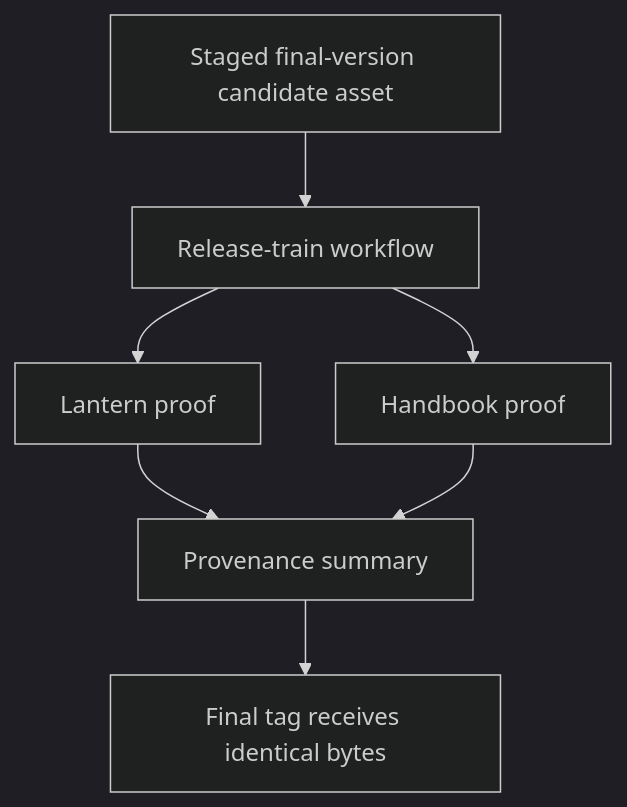
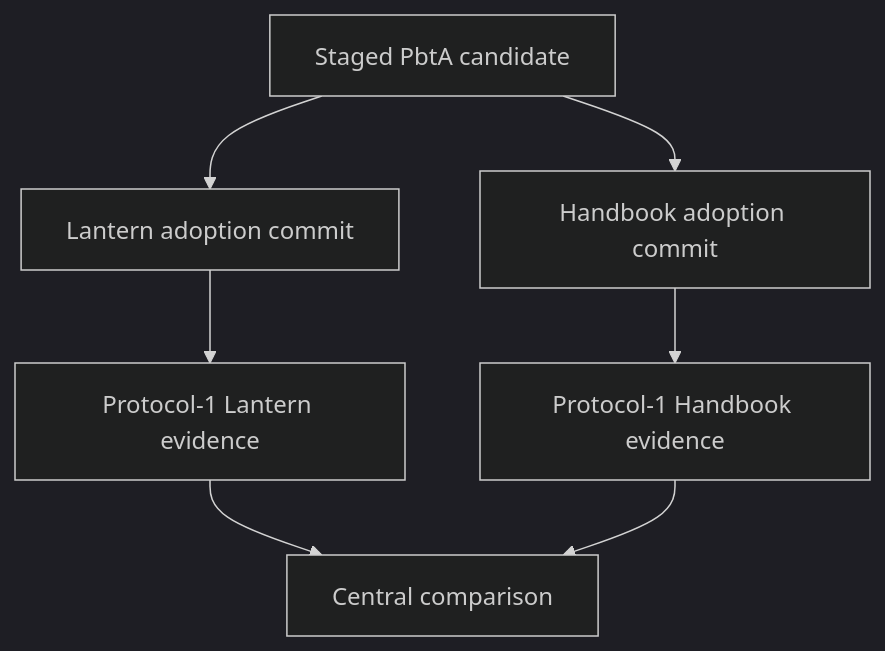
One commit to RebelliousSmile/schema-pbta changed the first of 2 diagrams in aidd_docs/tasks/2026_09/2026_09_22_cross_repo_release_train/phase-2.md. Above: the diagram before and after it, drawn with Mermaid (dark theme). The commit also changed other lines of this file and 9 other files, not shown here.

Commit message:
feat(release-train): define protocol-1 evidence

````diff
--- a/aidd_docs/tasks/2026_09/2026_09_22_cross_repo_release_train/phase-2.md
+++ b/aidd_docs/tasks/2026_09/2026_09_22_cross_repo_release_train/phase-2.md
@@ -27,9 +22,9 @@
 ```mermaid
 flowchart TD
-  A[Staged final-version candidate asset] --> B[Release-train workflow]
-  B --> C[Lantern proof]
-  B --> D[Handbook proof]
-  C --> E[Provenance summary]
-  D --> E
-  E --> F[Final tag receives identical bytes]
+  A[Staged PbtA candidate] --> B[Lantern adoption commit]
+  A --> C[Handbook adoption commit]
+  B --> D[Protocol-1 Lantern evidence]
+  C --> E[Protocol-1 Handbook evidence]
+  D --> F[Central comparison]
+  E --> F
 ```
````
